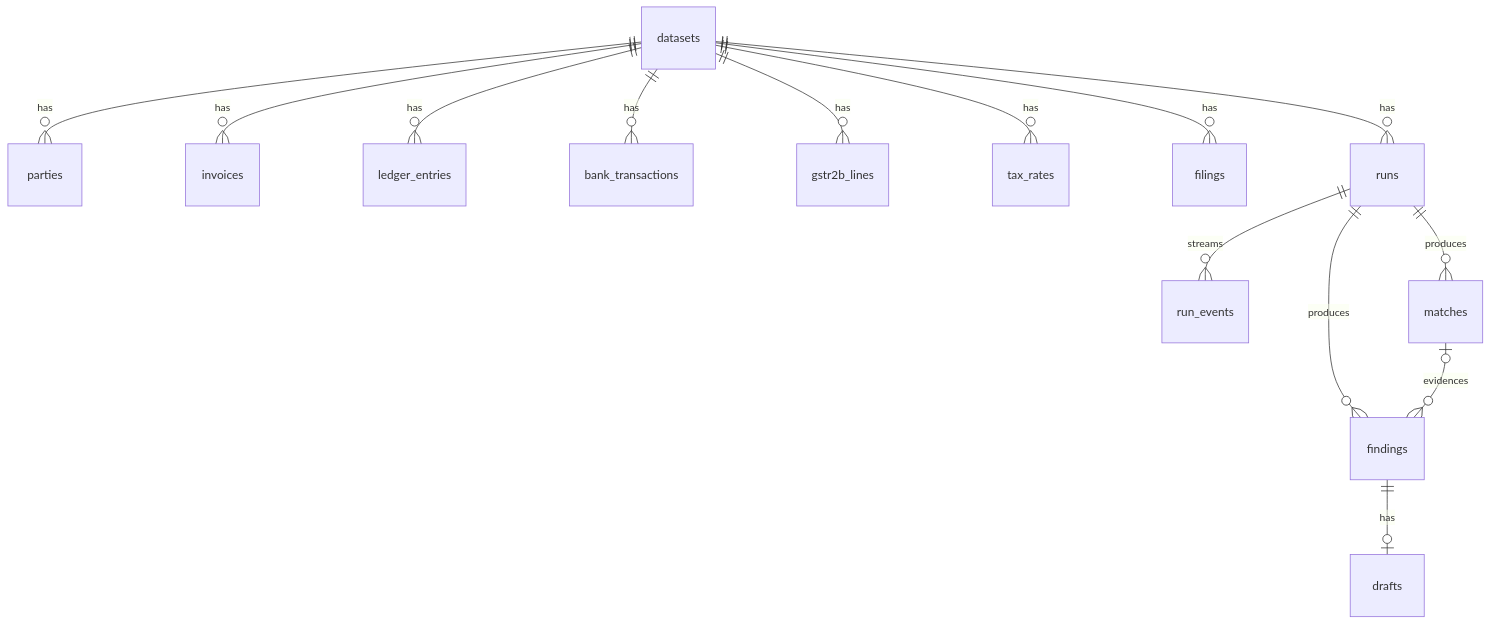
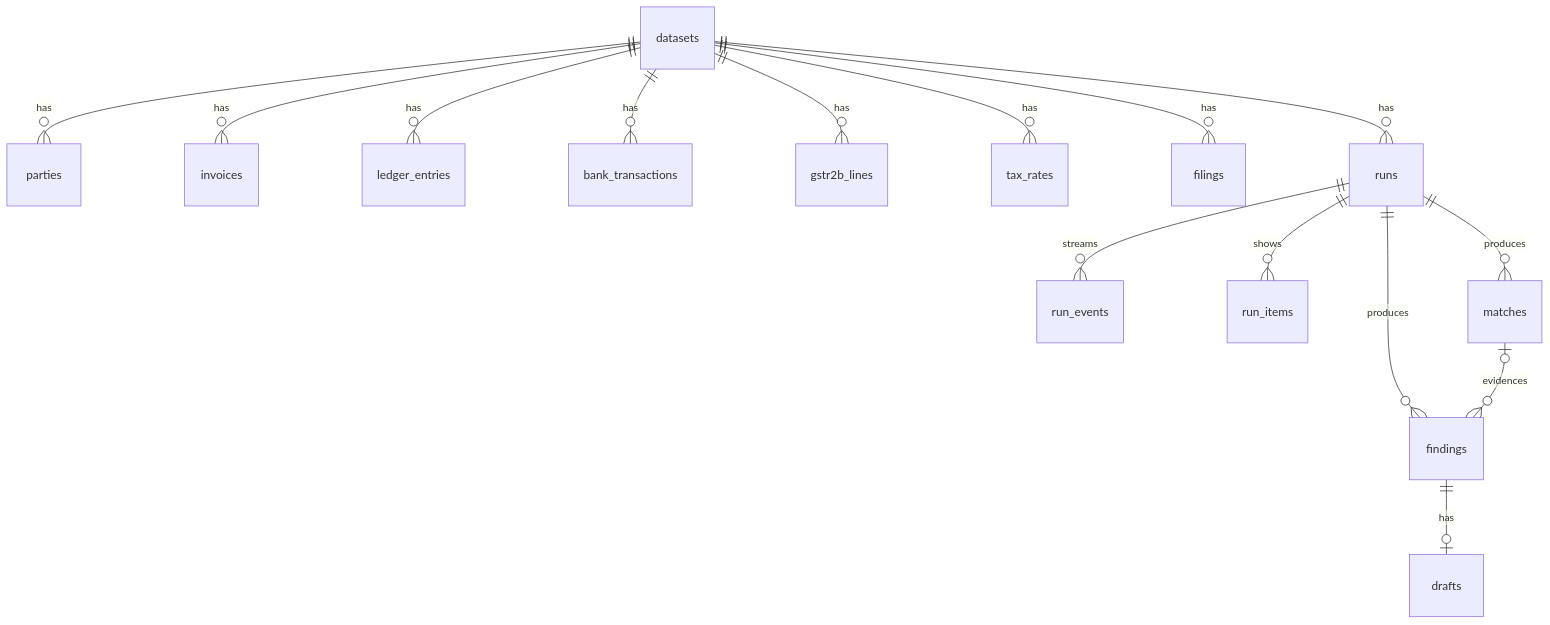
Before and after one commit to RAK2315/ledgerlens: the diagram in plan/03-data-model.md, drawn with Mermaid. The commit also changed other lines of this file and 15 other files, not shown here.

````diff
--- a/plan/03-data-model.md
+++ b/plan/03-data-model.md
@@ -7,16 +7,17 @@
 ```mermaid
 erDiagram
   datasets ||--o{ parties : has
   datasets ||--o{ invoices : has
   datasets ||--o{ ledger_entries : has
   datasets ||--o{ bank_transactions : has
   datasets ||--o{ gstr2b_lines : has
   datasets ||--o{ tax_rates : has
   datasets ||--o{ filings : has
   datasets ||--o{ runs : has
   runs ||--o{ run_events : streams
+  runs ||--o{ run_items : shows
   runs ||--o{ matches : produces
   runs ||--o{ findings : produces
   matches |o--o{ findings : evidences
   findings ||--o| drafts : has
 ```
````
